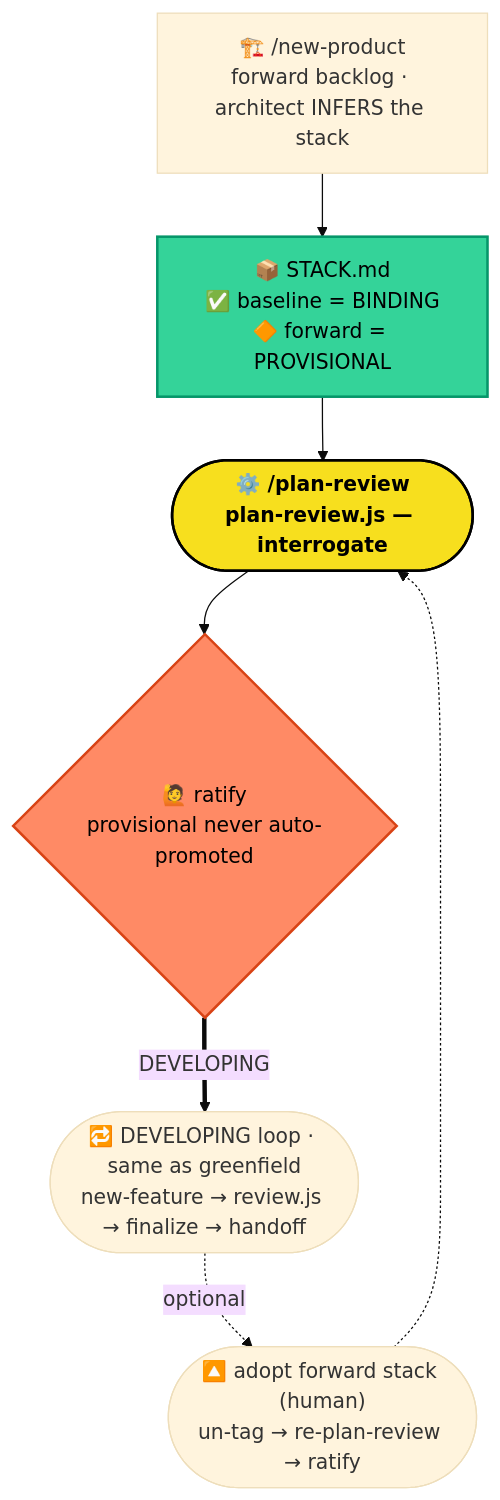
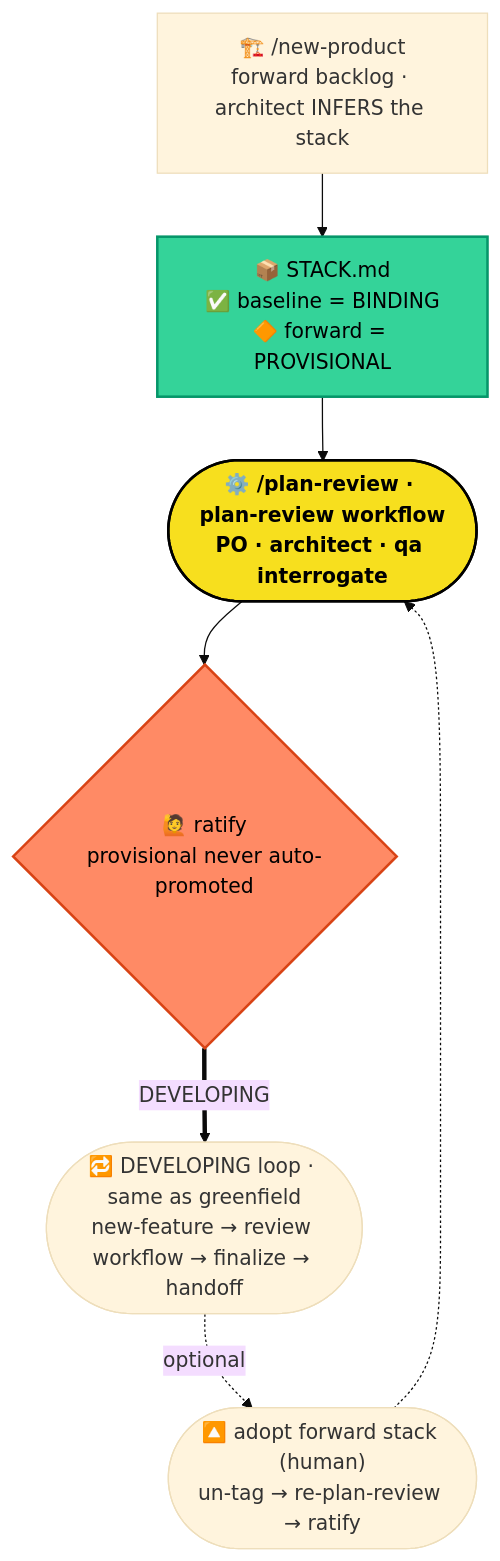
One commit to rocar/build-fleet changed the third of 3 diagrams in README.md. Above: the diagram before and after it, drawn with Mermaid (base theme). The commit also changed other lines of this file, not shown here.

First line of the commit message:
docs: label workflow nodes explicitly + annotate agents

````diff
--- a/README.md
+++ b/README.md
@@ -109,20 +109,20 @@
 ```mermaid
 flowchart TD
     NP["🏗️ /new-product<br/>forward backlog · architect INFERS the stack"]
     STK["📦 STACK.md<br/>✅ baseline = BINDING<br/>🔶 forward = PROVISIONAL"]
-    PR(["⚙️ /plan-review<br/>plan-review.js — interrogate"])
+    PR(["⚙️ /plan-review · plan-review workflow<br/>PO · architect · qa interrogate"])
     PF{"🙋 ratify<br/>provisional never auto-promoted"}
-    LOOP(["🔁 DEVELOPING loop · same as greenfield<br/>new-feature → review.js → finalize → handoff"])
+    LOOP(["🔁 DEVELOPING loop · same as greenfield<br/>new-feature → review workflow → finalize → handoff"])
     PROMOTE(["🔼 adopt forward stack (human)<br/>un-tag → re-plan-review → ratify"])
 
     NP --> STK --> PR --> PF
     PF ==>|DEVELOPING| LOOP
     LOOP -.->|optional| PROMOTE -.-> PR
 
     classDef js fill:#f7df1e,color:#000,stroke:#000,stroke-width:2px,font-weight:bold;
     classDef gate fill:#ff8a65,color:#000,stroke:#d84315,stroke-width:2px;
     classDef bind fill:#34d399,color:#000,stroke:#059669,stroke-width:2px;
     class PR js;
     class PF gate;
     class STK bind;
 ```
````
